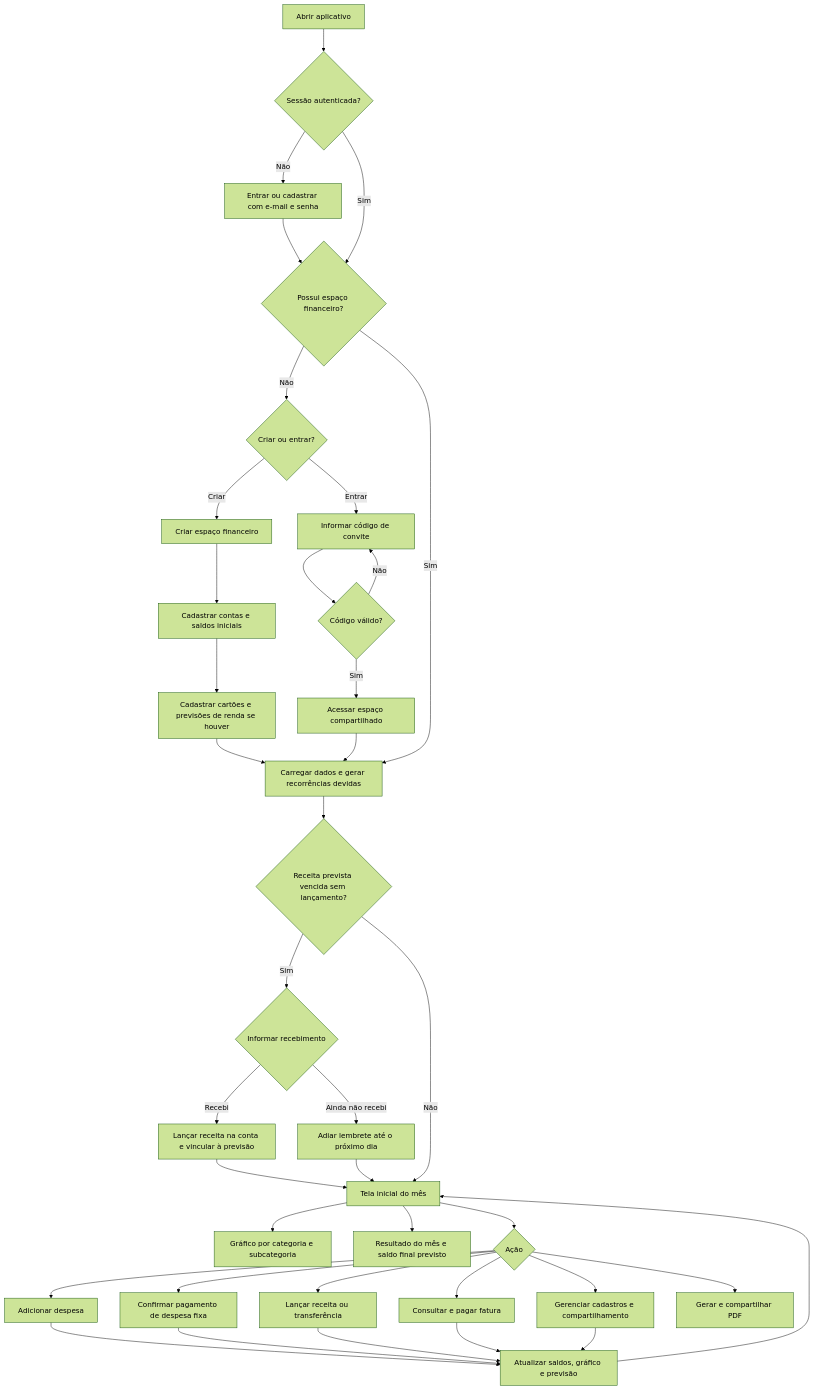
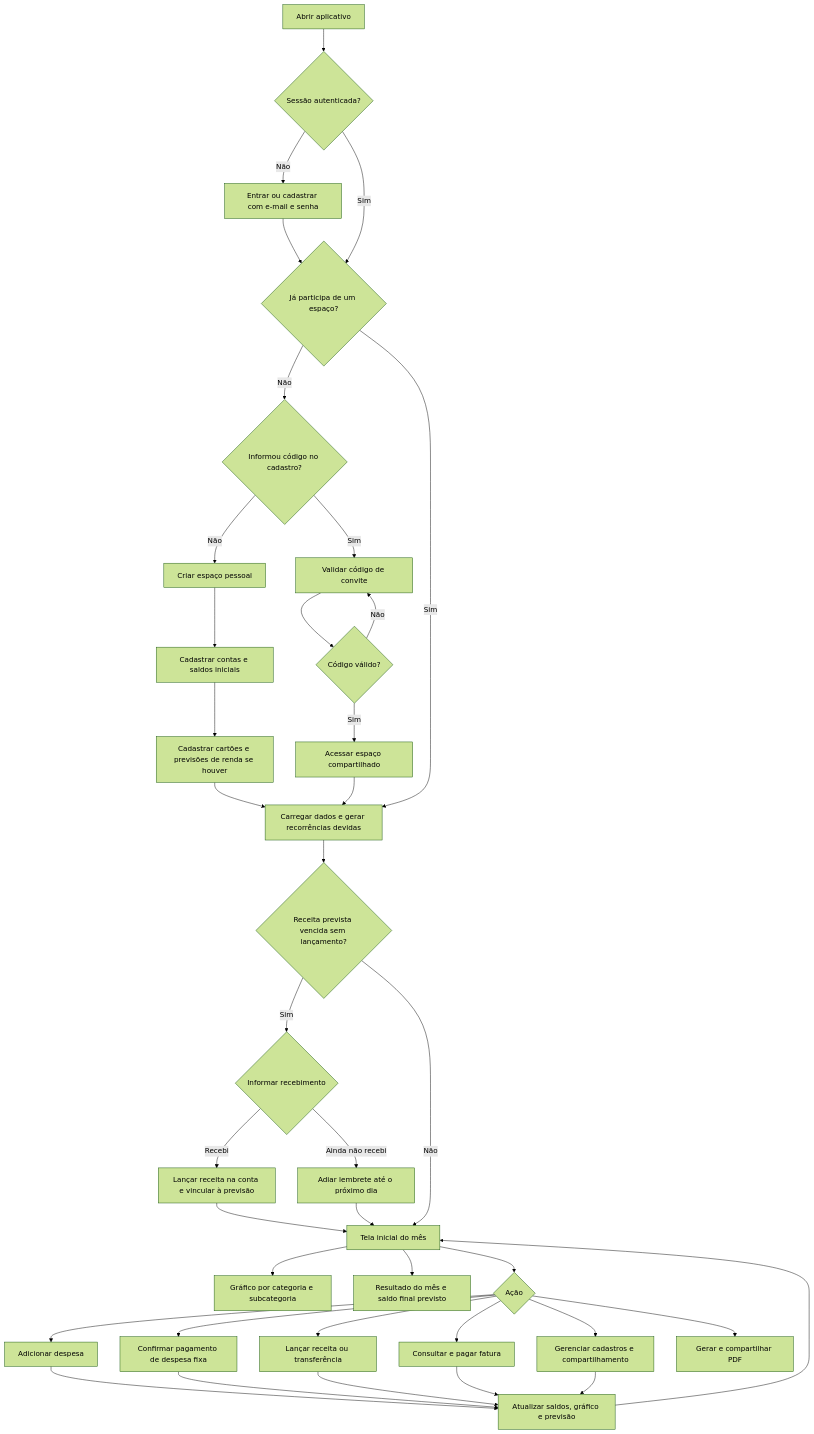
Before and after one commit to gabrirauber/Financeiro: the first of 5 diagrams in docs/modelagem.md, drawn with Mermaid (forest theme). The commit also changed other lines of this file and 12 other files, not shown here.

Commit message:
feat(auth): vincular cadastro a um único espaço financeiro

````diff
--- a/docs/modelagem.md
+++ b/docs/modelagem.md
@@ -13,40 +15,40 @@
 ```mermaid
 flowchart TD
     A[ Abrir aplicativo ] --> B{Sessão autenticada?}
     B -- Não --> C[Entrar ou cadastrar com e-mail e senha]
-    C --> D{Possui espaço financeiro?}
+    C --> D{Já participa de um espaço?}
     B -- Sim --> D
-    D -- Não --> E{Criar ou entrar?}
-    E -- Criar --> F[Criar espaço financeiro]
-    E -- Entrar --> G[Informar código de convite]
+    D -- Não --> E{Informou código no cadastro?}
+    E -- Não --> F[Criar espaço pessoal]
+    E -- Sim --> G[Validar código de convite]
     G --> H{Código válido?}
     H -- Não --> G
     H -- Sim --> I[Acessar espaço compartilhado]
     F --> J[Cadastrar contas e saldos iniciais]
     J --> K[Cadastrar cartões e previsões de renda se houver]
     K --> L[Carregar dados e gerar recorrências devidas]
     I --> L
     D -- Sim --> L
     L --> M{Receita prevista vencida sem lançamento?}
     M -- Sim --> N{Informar recebimento}
     N -- Recebi --> O[Lançar receita na conta e vincular à previsão]
     N -- Ainda não recebi --> P[Adiar lembrete até o próximo dia]
     O --> Q[Tela inicial do mês]
     P --> Q
     M -- Não --> Q
     Q --> R[Gráfico por categoria e subcategoria]
     Q --> S[Resultado do mês e saldo final previsto]
     Q --> T{Ação}
     T --> U[Adicionar despesa]
     T --> V[Confirmar pagamento de despesa fixa]
     T --> W[Lançar receita ou transferência]
     T --> X[Consultar e pagar fatura]
     T --> Y[Gerenciar cadastros e compartilhamento]
     T --> Z[Gerar e compartilhar PDF]
     U --> AA[Atualizar saldos, gráfico e previsão]
     V --> AA
     W --> AA
     X --> AA
     Y --> AA
     AA --> Q
 ```
````
